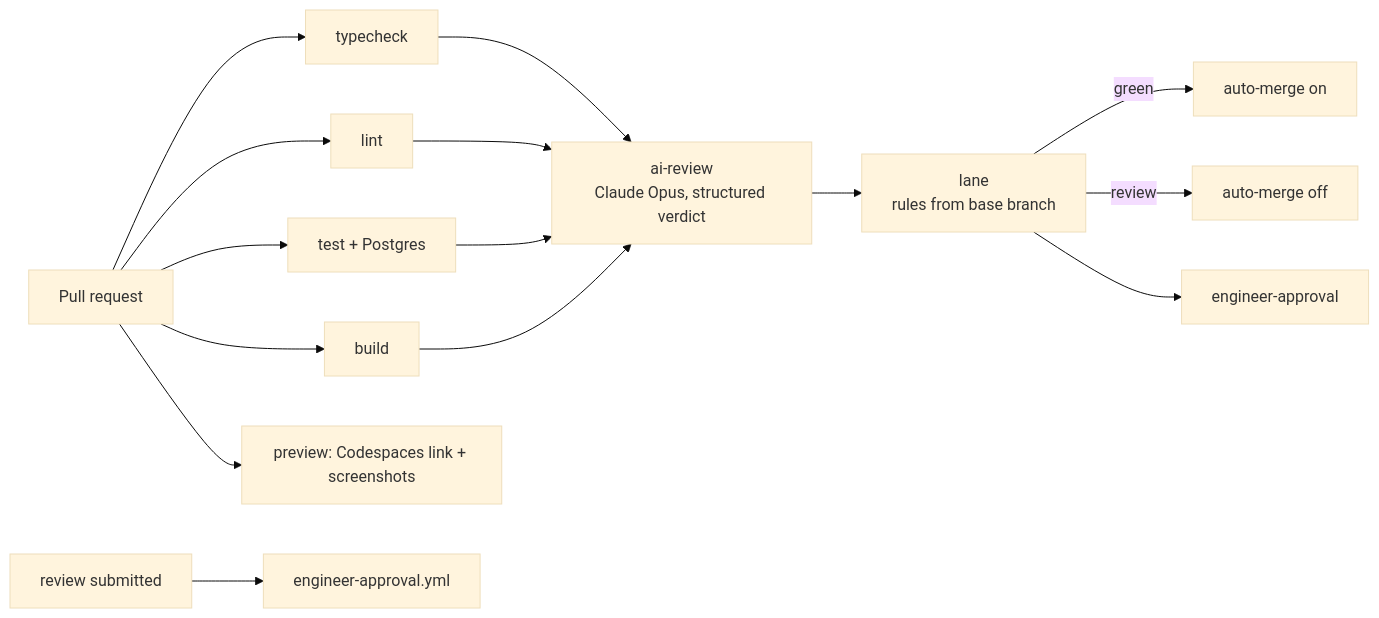
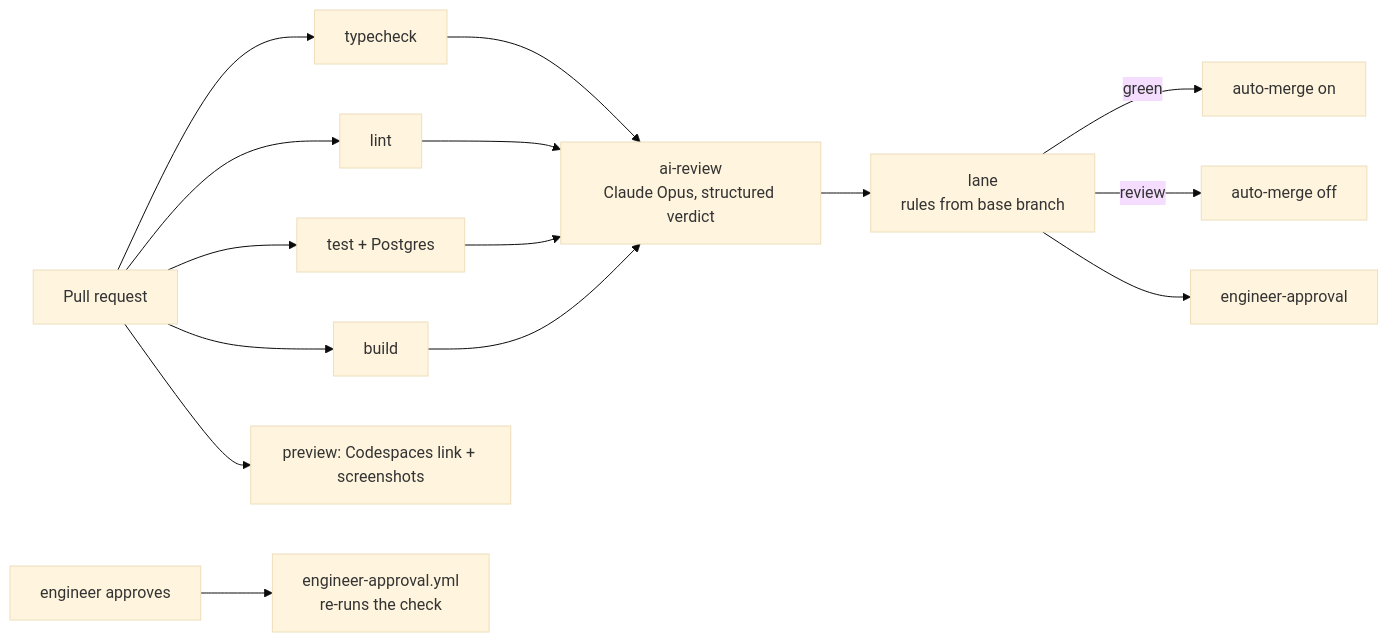
The third of 3 diagrams in docs/ARCHITECTURE.md (jesseleone/Covenant), drawn with Mermaid (base theme) before and after one commit. The commit also changed other lines of this file and 7 other files, not shown here.

First line of the commit message:
engineer-approval reads the lane from the same workflow run

````diff
--- a/docs/ARCHITECTURE.md
+++ b/docs/ARCHITECTURE.md
@@ -75,11 +75,11 @@
 ```mermaid
 flowchart LR
   PR[Pull request] --> T[typecheck] & L[lint] & TE[test + Postgres] & B[build]
   T & L & TE & B --> R[ai-review<br/>Claude Opus, structured verdict]
   R --> LANE[lane<br/>rules from base branch]
   LANE -->|green| AM[auto-merge on]
   LANE -->|review| NM[auto-merge off]
   LANE --> EA[engineer-approval]
-  REV[review submitted] --> EA2[engineer-approval.yml] 
+  REV[engineer approves] --> EA2[engineer-approval.yml<br/>re-runs the check]
   PR --> P[preview: Codespaces link + screenshots]
 ```
````
